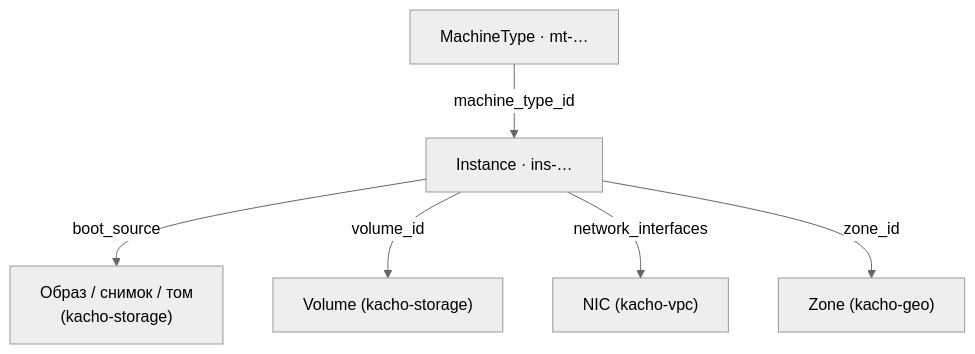
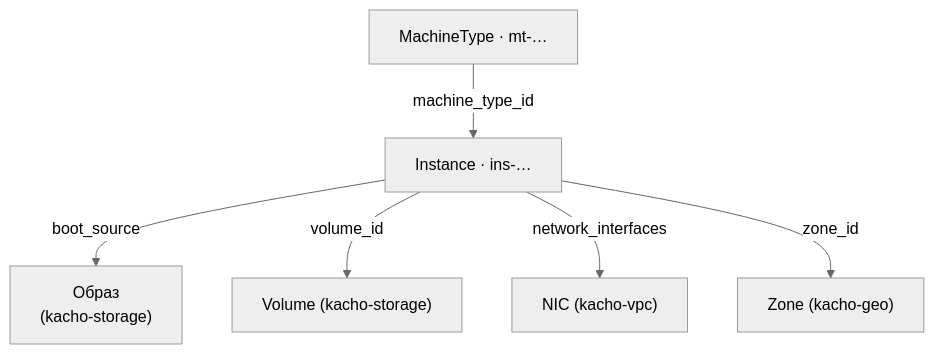
The second of 2 diagrams in services/compute/docs/content/intro.mdx (PRO-Robotech/kacho), drawn with Mermaid (neutral theme) before and after one commit. The commit also changed 160 other files, not shown here.

````diff
--- a/services/compute/docs/content/intro.mdx
+++ b/services/compute/docs/content/intro.mdx
@@ -182,8 +182,8 @@
 ```mermaid
 flowchart TD
   mt["MachineType · mt-…"] -->|machine_type_id| inst["Instance · ins-…"]
-  inst -->|boot_source| src["Образ / снимок / том<br/>(kacho-storage)"]
+  inst -->|boot_source| src["Образ<br/>(kacho-storage)"]
   inst -->|volume_id| vol["Volume (kacho-storage)"]
   inst -->|network_interfaces| nic["NIC (kacho-vpc)"]
   inst -->|zone_id| zone["Zone (kacho-geo)"]
 ```
````
